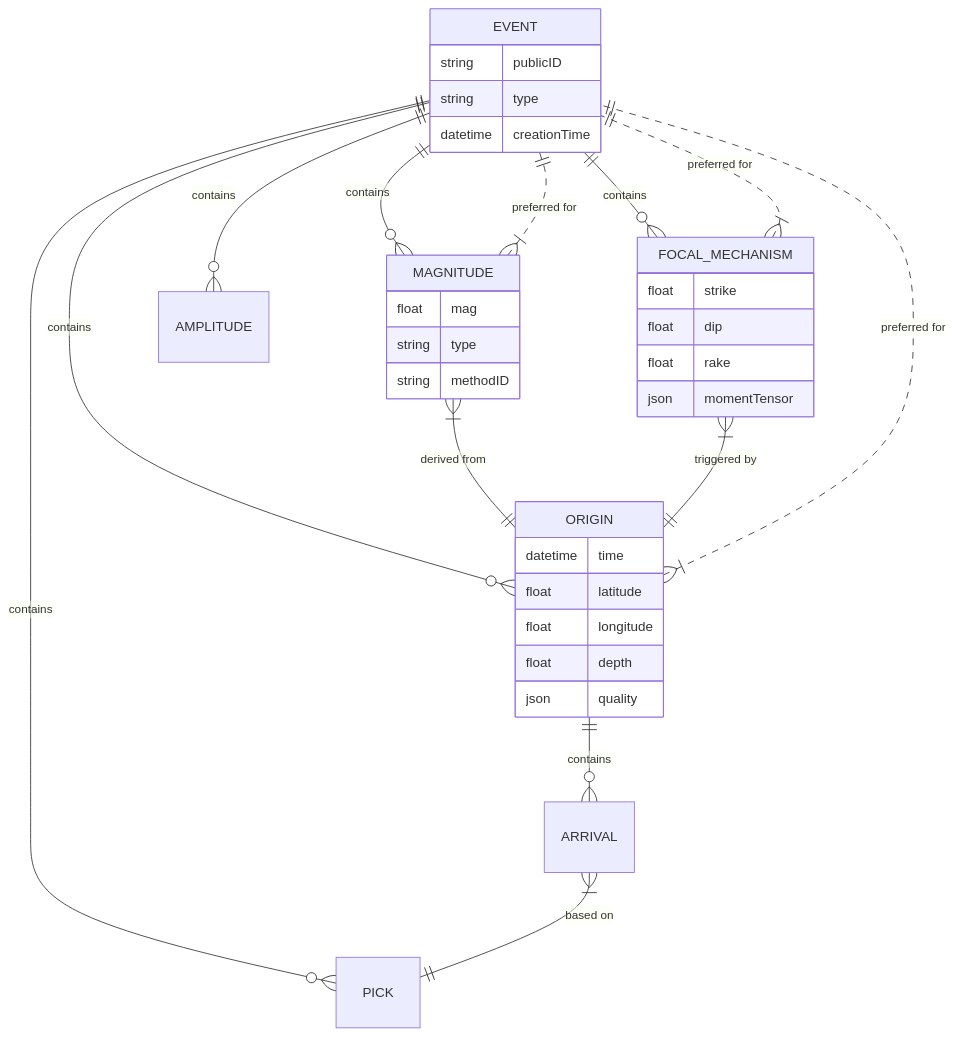
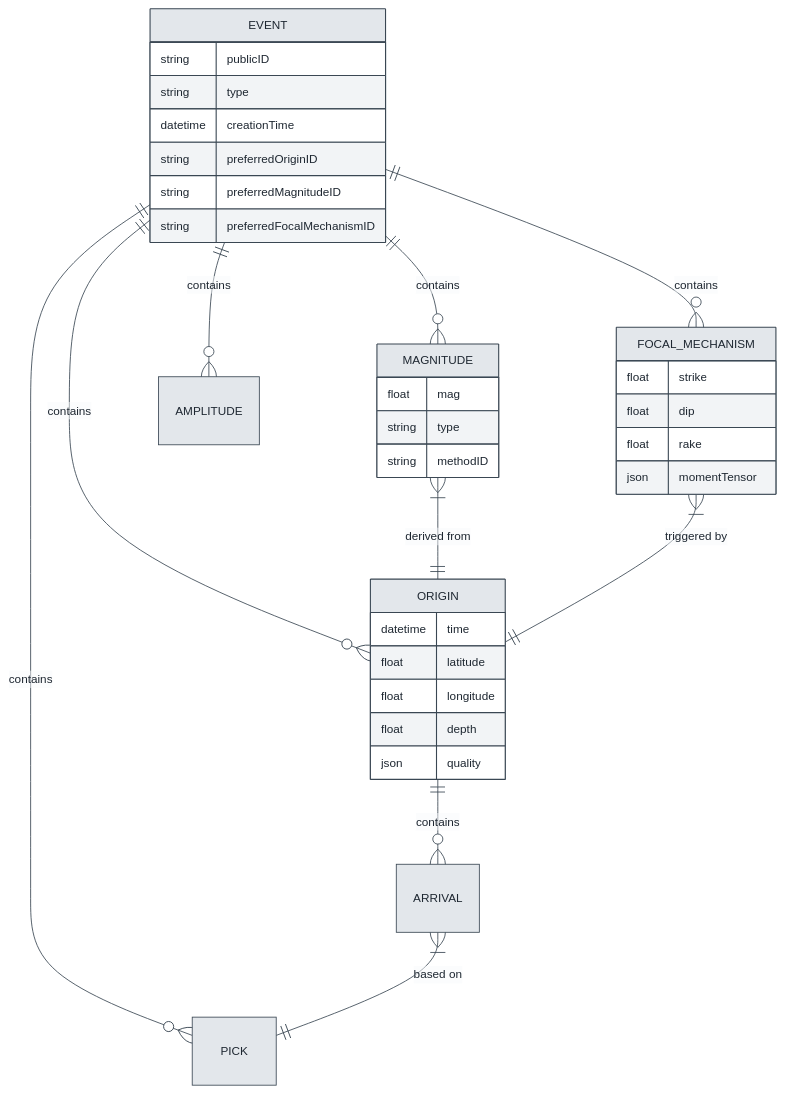
One commit to KennyGraham1/catalogofcatalogs changed the diagram in docs/source/appendix/quakeml_schema_design.rst. Above: the diagram before and after it, drawn with Mermaid. The commit also changed 14 other files, not shown here.

```diff
--- a/docs/source/appendix/quakeml_schema_design.rst
+++ b/docs/source/appendix/quakeml_schema_design.rst
@@ -25,46 +25,48 @@
 .. mermaid::
+   :align: center
 
-    erDiagram
-        EVENT ||--o{ ORIGIN : "contains"
-        EVENT ||--o{ MAGNITUDE : "contains"
-        EVENT ||--o{ FOCAL_MECHANISM : "contains"
-        EVENT ||--o{ PICK : "contains"
-        EVENT ||--o{ AMPLITUDE : "contains"
-        
-        ORIGIN ||--o{ ARRIVAL : "contains"
-        ORIGIN }|..|| EVENT : "preferred for"
-        
-        MAGNITUDE }|--|| ORIGIN : "derived from"
-        MAGNITUDE }|..|| EVENT : "preferred for"
-        
-        FOCAL_MECHANISM }|--|| ORIGIN : "triggered by"
-        FOCAL_MECHANISM }|..|| EVENT : "preferred for"
-        
-        ARRIVAL }|--|| PICK : "based on"
-        
-        EVENT {
-            string publicID
-            string type
-            datetime creationTime
-        }
-        
-        ORIGIN {
-            datetime time
-            float latitude
-            float longitude
-            float depth
-            json quality
-        }
-        
-        MAGNITUDE {
-            float mag
-            string type
-            string methodID
-        }
-        
-        FOCAL_MECHANISM {
-            float strike
-            float dip
-            float rake
-            json momentTensor
-        }
+   %%{init: {"theme":"base","themeVariables":{"fontFamily":"Inter, \"Helvetica Neue\", Arial, sans-serif","fontSize":"14px","primaryColor":"#E3E7EB","primaryBorderColor":"#3A4753","primaryTextColor":"#1E2731","lineColor":"#3A4753","tertiaryColor":"#F7F9FC","attributeBackgroundColorOdd":"#FFFFFF","attributeBackgroundColorEven":"#F2F4F7"}}}%%
+   erDiagram
+       EVENT ||--o{ ORIGIN : "contains"
+       EVENT ||--o{ MAGNITUDE : "contains"
+       EVENT ||--o{ FOCAL_MECHANISM : "contains"
+       EVENT ||--o{ PICK : "contains"
+       EVENT ||--o{ AMPLITUDE : "contains"
+
+       ORIGIN ||--o{ ARRIVAL : "contains"
+
+       MAGNITUDE }|--|| ORIGIN : "derived from"
+
+       FOCAL_MECHANISM }|--|| ORIGIN : "triggered by"
+
+       ARRIVAL }|--|| PICK : "based on"
+
+       EVENT {
+           string publicID
+           string type
+           datetime creationTime
+           string preferredOriginID
+           string preferredMagnitudeID
+           string preferredFocalMechanismID
+       }
+
+       ORIGIN {
+           datetime time
+           float latitude
+           float longitude
+           float depth
+           json quality
+       }
+
+       MAGNITUDE {
+           float mag
+           string type
+           string methodID
+       }
+
+       FOCAL_MECHANISM {
+           float strike
+           float dip
+           float rake
+           json momentTensor
+       }
```
